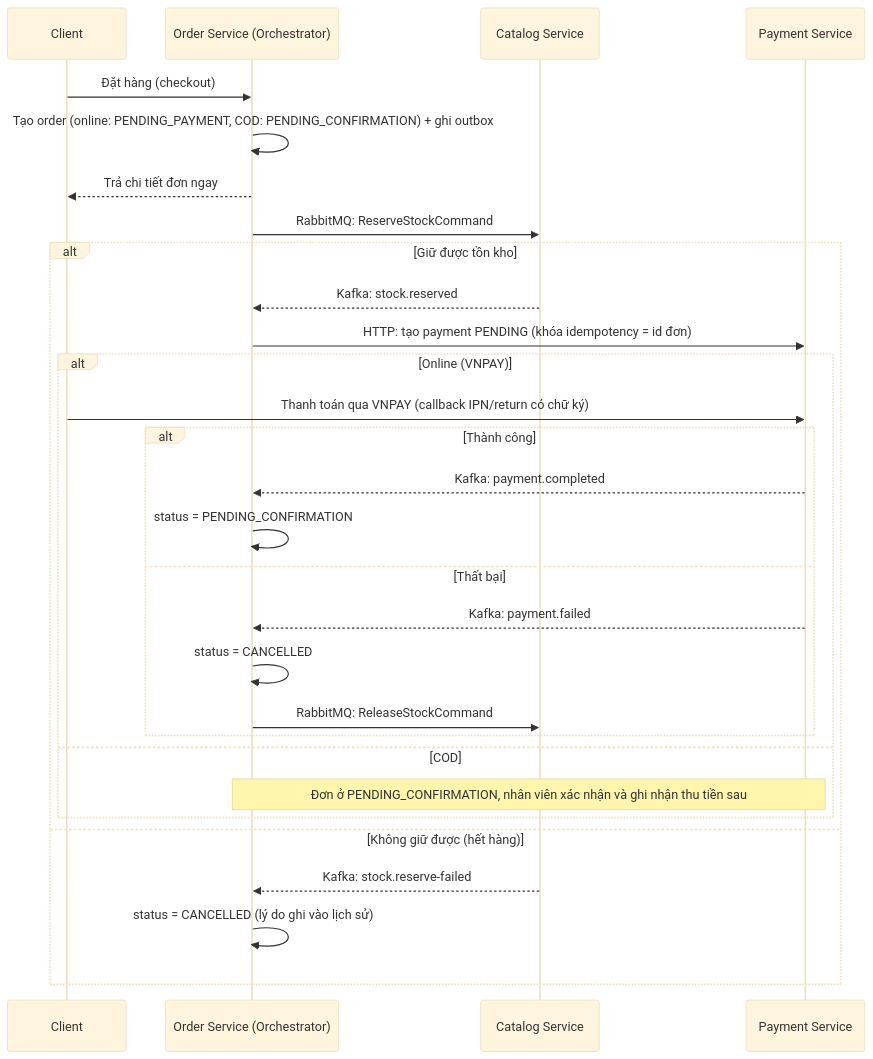
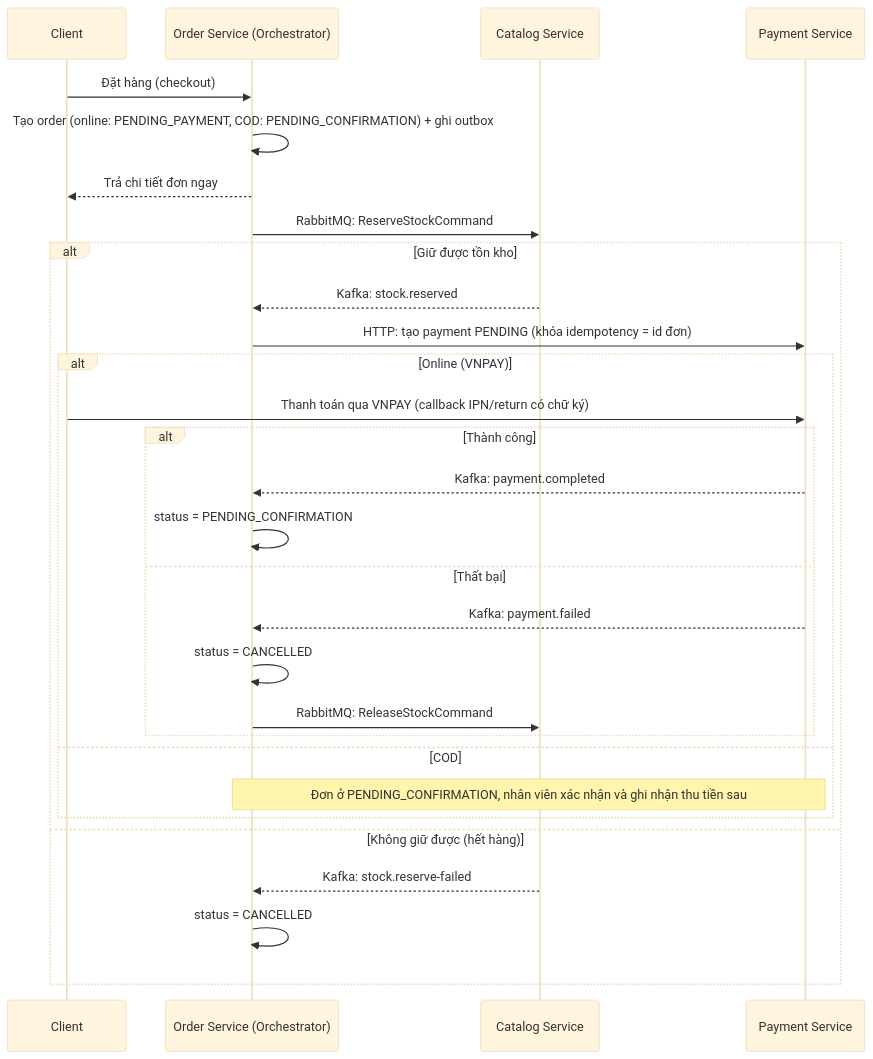
One commit to pc-shopping-assistant-org/docs changed the second of 2 diagrams in 02-architecture/service-communication.md. Above: the diagram before and after it, drawn with Mermaid. The commit also changed 1 other file, not shown here.

Commit message:
docs(architecture): update service communication details for order cancellation and inventory management

````diff
--- a/02-architecture/service-communication.md
+++ b/02-architecture/service-communication.md
@@ -77,34 +77,34 @@
 ```mermaid
 %%{init: {'theme': 'base', 'look': 'handDrawn'}}%%
 sequenceDiagram
     participant C as Client
     participant O as Order Service (Orchestrator)
     participant Cat as Catalog Service
     participant P as Payment Service
 
     C->>O: Đặt hàng (checkout)
     O->>O: Tạo order (online: PENDING_PAYMENT, COD: PENDING_CONFIRMATION) + ghi outbox
     O-->>C: Trả chi tiết đơn ngay
     O->>Cat: RabbitMQ: ReserveStockCommand
 
     alt Giữ được tồn kho
         Cat-->>O: Kafka: stock.reserved
         O->>P: HTTP: tạo payment PENDING (khóa idempotency = id đơn)
         alt Online (VNPAY)
             C->>P: Thanh toán qua VNPAY (callback IPN/return có chữ ký)
             alt Thành công
                 P-->>O: Kafka: payment.completed
                 O->>O: status = PENDING_CONFIRMATION
             else Thất bại
                 P-->>O: Kafka: payment.failed
                 O->>O: status = CANCELLED
                 O->>Cat: RabbitMQ: ReleaseStockCommand
             end
         else COD
             Note over O,P: Đơn ở PENDING_CONFIRMATION, nhân viên xác nhận và ghi nhận thu tiền sau
         end
     else Không giữ được (hết hàng)
         Cat-->>O: Kafka: stock.reserve-failed
-        O->>O: status = CANCELLED (lý do ghi vào lịch sử)
+        O->>O: status = CANCELLED
     end
 ```
````
